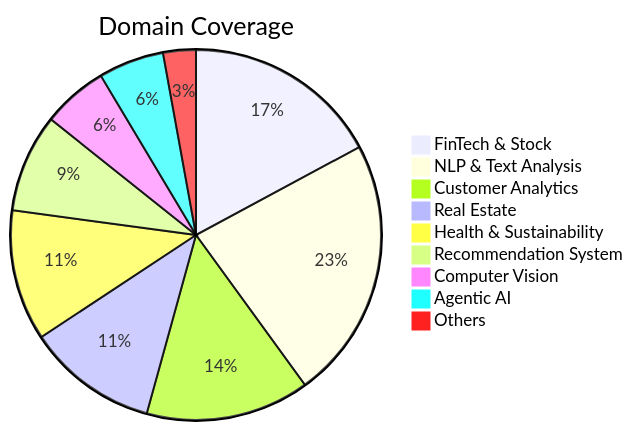
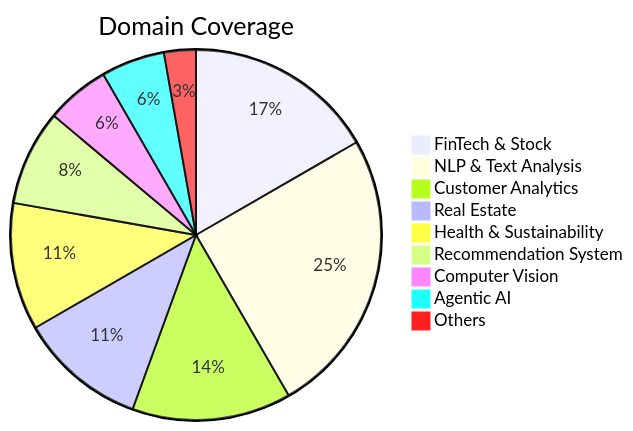
One commit to HarshChoudhary2003/Machine_Learning_Projects changed the second of 3 diagrams in README.md. Above: the diagram before and after it, drawn with Mermaid. The commit also changed other lines of this file, not shown here.

Commit message:
Update main README with new Speech Recognition addition and updated stats

````diff
--- a/README.md
+++ b/README.md
@@ -99,12 +99,12 @@
 ```mermaid
 pie title Domain Coverage
     "FinTech & Stock" : 6
-    "NLP & Text Analysis" : 8
+    "NLP & Text Analysis" : 9
     "Customer Analytics" : 5
     "Real Estate" : 4
     "Health & Sustainability" : 4
     "Recommendation System" : 3
     "Computer Vision" : 2
     "Agentic AI" : 2
     "Others" : 1
 ```
````
